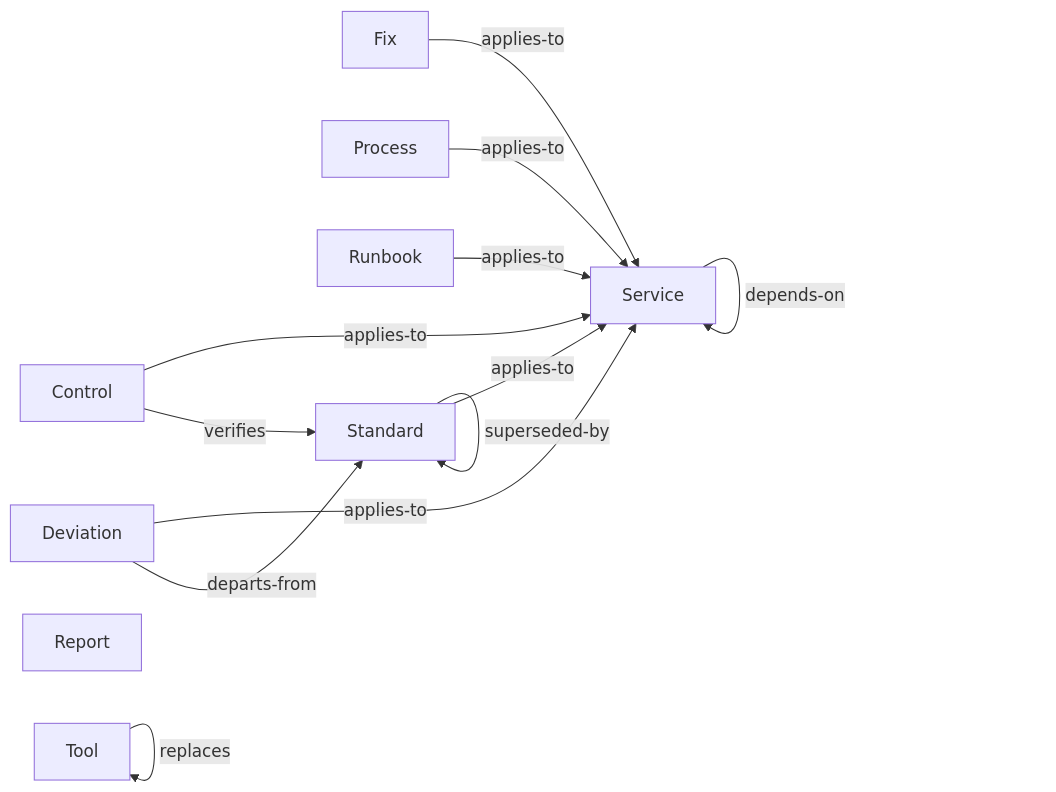
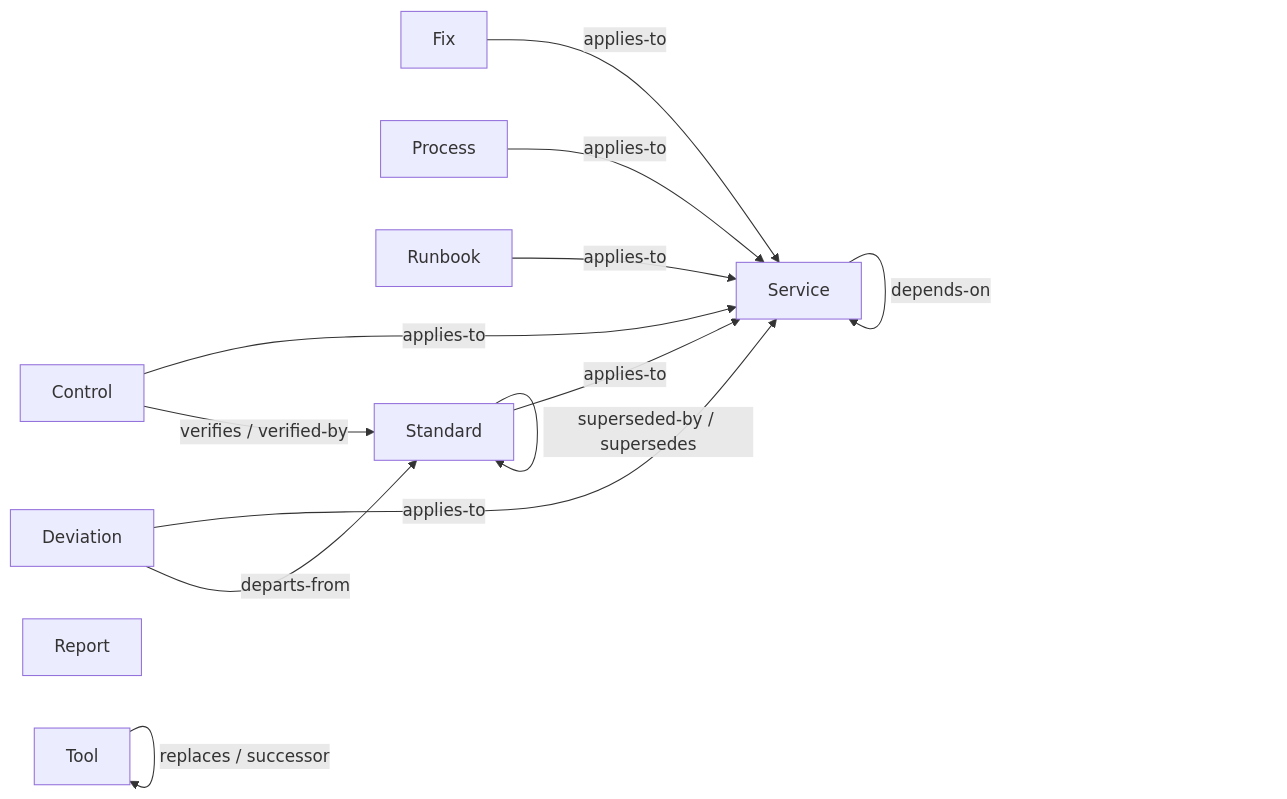
Before and after one commit to paul80nd/knowledge-as-code: the diagram in examples/dog-fooding/knowledge-as-code/taxonomy.md, drawn with Mermaid. The commit also changed other lines of this file and 21 other files, not shown here.

First line of the commit message:
Print the type relations once, as a labelled graph (#907, #908) (#1061)

````diff
--- a/examples/dog-fooding/knowledge-as-code/taxonomy.md
+++ b/examples/dog-fooding/knowledge-as-code/taxonomy.md
@@ -98,24 +98,24 @@
 ```mermaid
 graph LR;
   t_controls[Control];
   t_deviations[Deviation];
   t_fixes[Fix];
   t_processes[Process];
   t_reports[Report];
   t_runbooks[Runbook];
   t_services[Service];
   t_standards[Standard];
   t_tools[Tool];
   t_controls -- applies-to --> t_services;
-  t_controls -- verifies --> t_standards;
+  t_controls -- verifies / verified-by --> t_standards;
   t_deviations -- applies-to --> t_services;
   t_deviations -- departs-from --> t_standards;
   t_fixes -- applies-to --> t_services;
   t_processes -- applies-to --> t_services;
   t_runbooks -- applies-to --> t_services;
   t_services -- depends-on --> t_services;
   t_standards -- applies-to --> t_services;
   t_standards -- depends-on --> t_standards;
-  t_standards -- superseded-by --> t_standards;
-  t_tools -- replaces --> t_tools;
+  t_standards -- superseded-by / supersedes --> t_standards;
+  t_tools -- replaces / successor --> t_tools;
 ```
````
